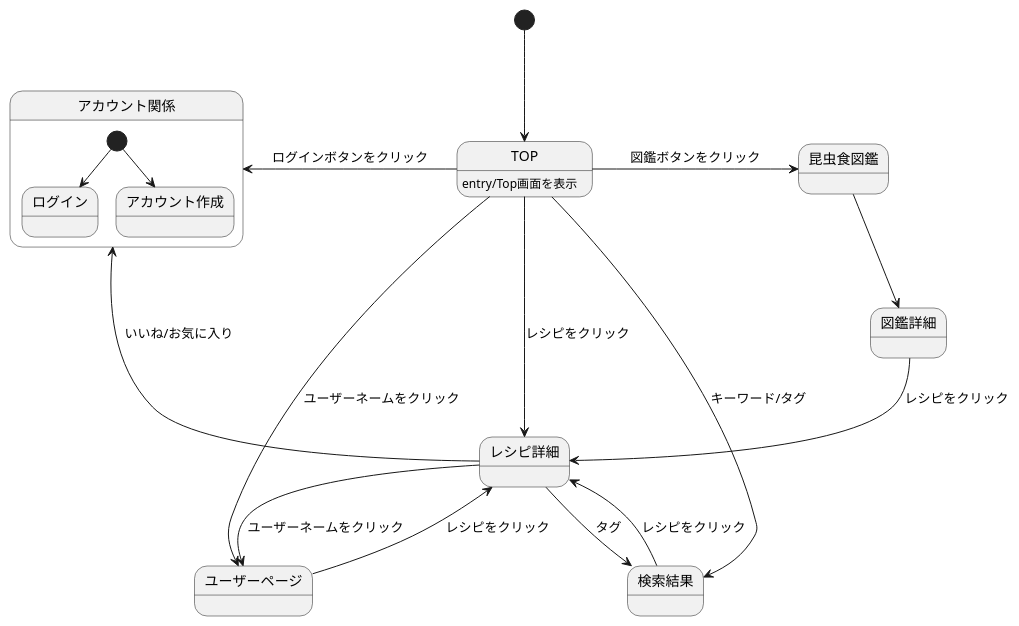
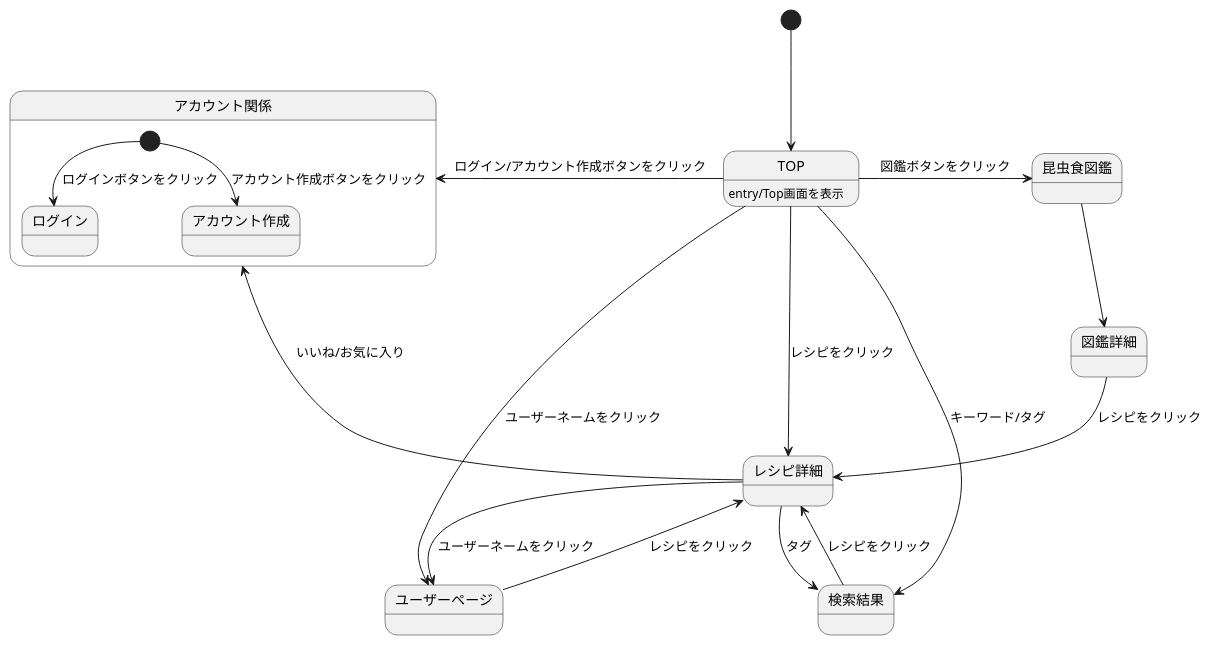
The diagram in ScreenTransitionDiagram.md (ASO2001040/bugbug-design), drawn with PlantUML before and after one commit.

````diff
--- a/ScreenTransitionDiagram.md
+++ b/ScreenTransitionDiagram.md
@@ -1,24 +1,24 @@
 ```uml
 @startuml
 [*]-->TOP
 
 TOP : entry/Top画面を表示
-TOP-left->アカウント関係: ログインボタンをクリック
+TOP-left->アカウント関係: ログイン/アカウント作成ボタンをクリック
 TOP->昆虫食図鑑: 図鑑ボタンをクリック
 TOP->レシピ詳細: レシピをクリック
 TOP->ユーザーページ: ユーザーネームをクリック
 TOP->検索結果: キーワード/タグ
 ユーザーページ-->レシピ詳細: レシピをクリック
 レシピ詳細-->ユーザーページ: ユーザーネームをクリック
 レシピ詳細-->検索結果: タグ
 レシピ詳細-->アカウント関係: いいね/お気に入り
 検索結果-->レシピ詳細: レシピをクリック
 昆虫食図鑑-->図鑑詳細
 図鑑詳細-->レシピ詳細: レシピをクリック
 
 state アカウント関係 {
- [*] --> ログイン
- [*] --> アカウント作成
+ [*] --> ログイン: ログインボタンをクリック
+ [*] --> アカウント作成: アカウント作成ボタンをクリック
  }
 @enduml
 ```
````
